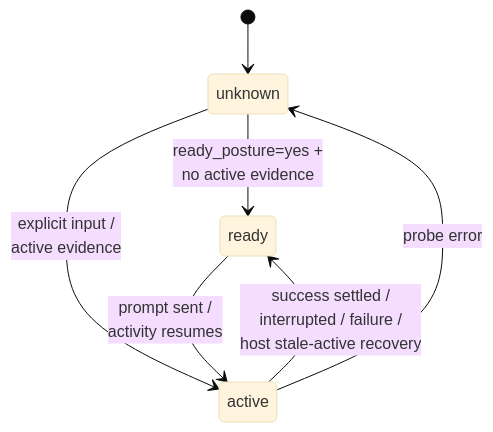
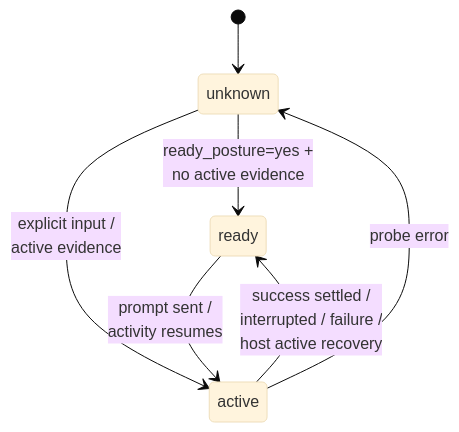
The second of 2 diagrams in docs/reference/tui-tracking/state-model.md (igamenovoer/houmao), drawn with Mermaid (base theme) before and after one commit. The commit also changed other lines of this file and 45 other files, not shown here.

First line of the commit message:
feat: add final stable-active recovery and simplify claude activity detection

````diff
--- a/docs/reference/tui-tracking/state-model.md
+++ b/docs/reference/tui-tracking/state-model.md
@@ -32,9 +32,9 @@
 ```mermaid
 stateDiagram-v2
     [*] --> unknown
     unknown --> ready : ready_posture=yes +<br/>no active evidence
     unknown --> active : explicit input /<br/>active evidence
     ready --> active : prompt sent /<br/>activity resumes
-    active --> ready : success settled /<br/>interrupted / failure /<br/>host stale-active recovery
+    active --> ready : success settled /<br/>interrupted / failure /<br/>host active recovery
     active --> unknown : probe error
 ```
````
